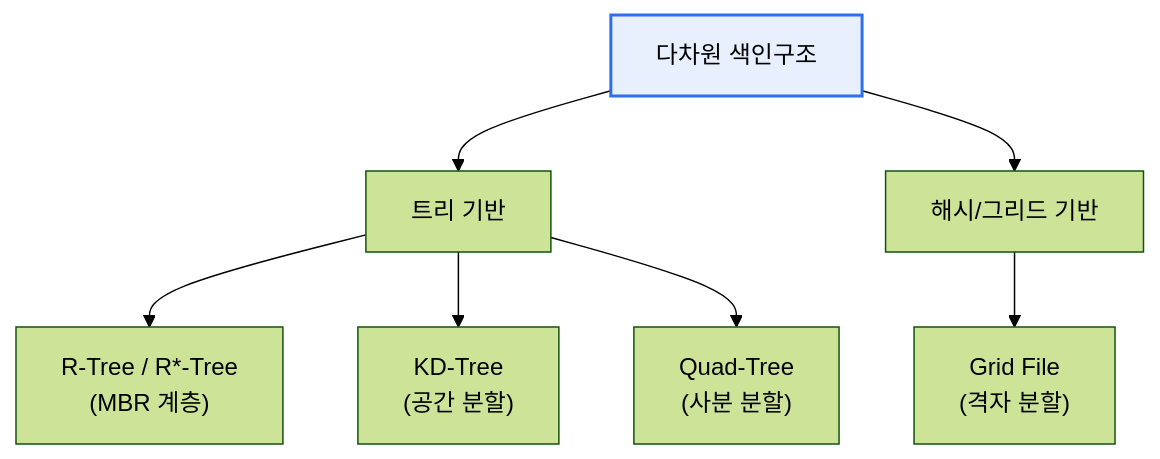
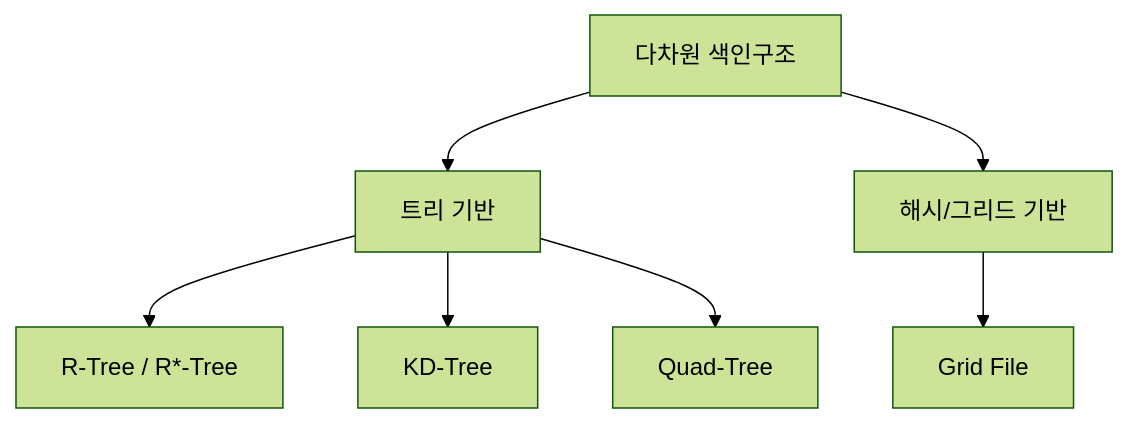
The diagram in content/multidimensional-index.md (coninggu/wjdqhrhksflrltnftk), drawn with Mermaid (forest theme) before and after one commit. The commit also changed other lines of this file and 28 other files, not shown here.

````diff
--- a/content/multidimensional-index.md
+++ b/content/multidimensional-index.md
@@ -14,10 +14,9 @@
 ```mermaid
 flowchart TB
   M[다차원 색인구조] --> T[트리 기반]
   M --> H[해시/그리드 기반]
-  T --> T1["R-Tree / R*-Tree<br/>(MBR 계층)"]
-  T --> T2["KD-Tree<br/>(공간 분할)"]
-  T --> T3["Quad-Tree<br/>(사분 분할)"]
-  H --> H1["Grid File<br/>(격자 분할)"]
-  style M fill:#e8f0fe,stroke:#2f6fed,stroke-width:2px
+  T --> T1[R-Tree / R*-Tree]
+  T --> T2[KD-Tree]
+  T --> T3[Quad-Tree]
+  H --> H1[Grid File]
 ```
````
